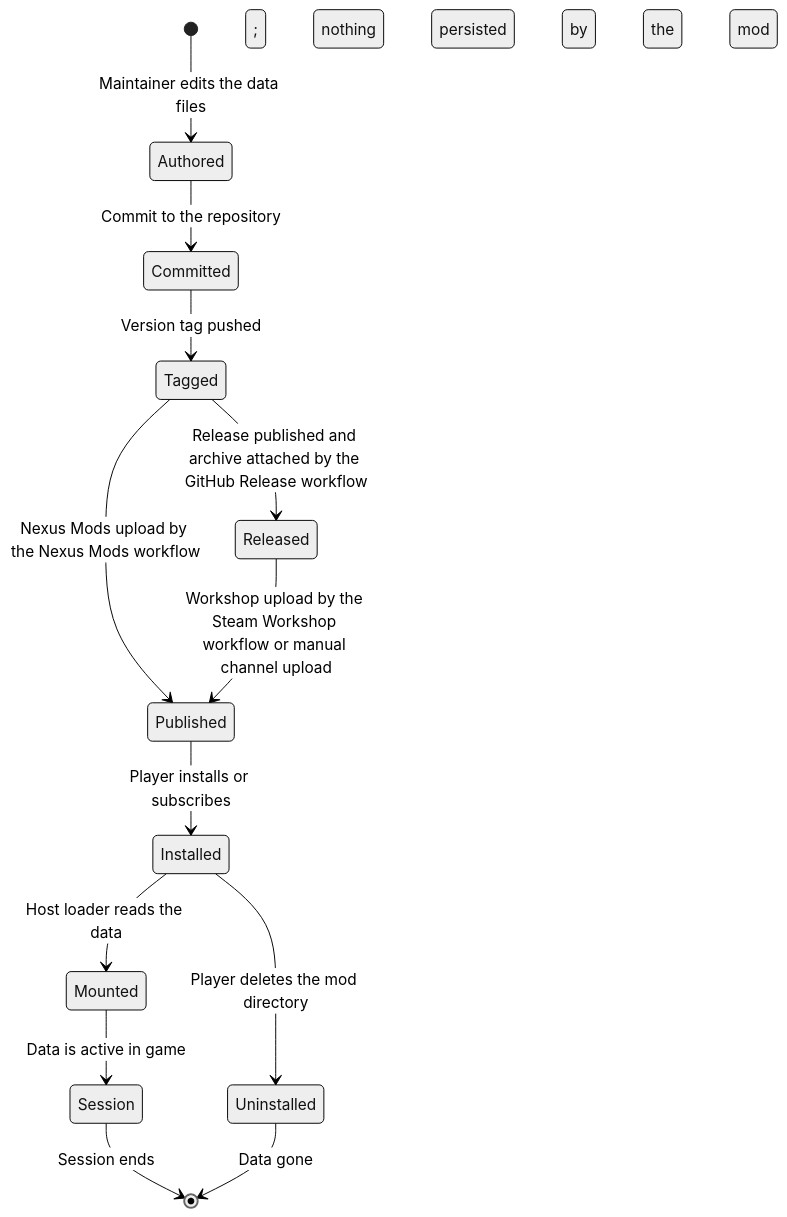
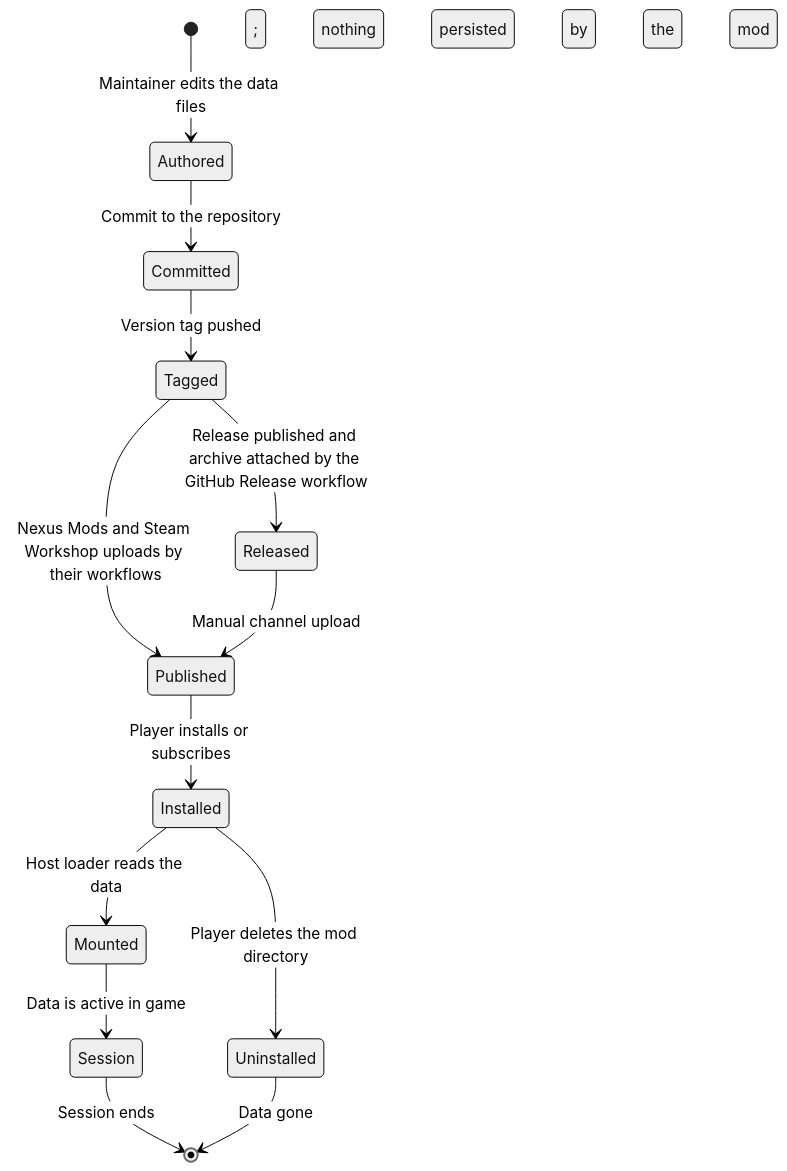
The diagram in docs/state-and-persistence.md (hmlendea/imperator-dracones-invictus), drawn with Mermaid (neutral theme) before and after one commit. The commit also changed 25 other files, not shown here.

Commit message:
ci: Updated the Steam Workshop Release workflow

````diff
--- a/docs/state-and-persistence.md
+++ b/docs/state-and-persistence.md
@@ -28,15 +28,15 @@
 ```mermaid
 stateDiagram-v2
     [*] --> Authored: Maintainer edits the data files
     Authored --> Committed: Commit to the repository
     Committed --> Tagged: Version tag pushed
     Tagged --> Released: Release published and archive attached by the GitHub Release workflow
-    Tagged --> Published: Nexus Mods upload by the Nexus Mods workflow
-    Released --> Published: Workshop upload by the Steam Workshop workflow or manual channel upload
+    Tagged --> Published: Nexus Mods and Steam Workshop uploads by their workflows
+    Released --> Published: Manual channel upload
     Published --> Installed: Player installs or subscribes
     Installed --> Mounted: Host loader reads the data
     Mounted --> Session: Data is active in game
     Session --> [*]: Session ends; nothing persisted by the mod
     Installed --> Uninstalled: Player deletes the mod directory
     Uninstalled --> [*]: Data gone
 ```
````
